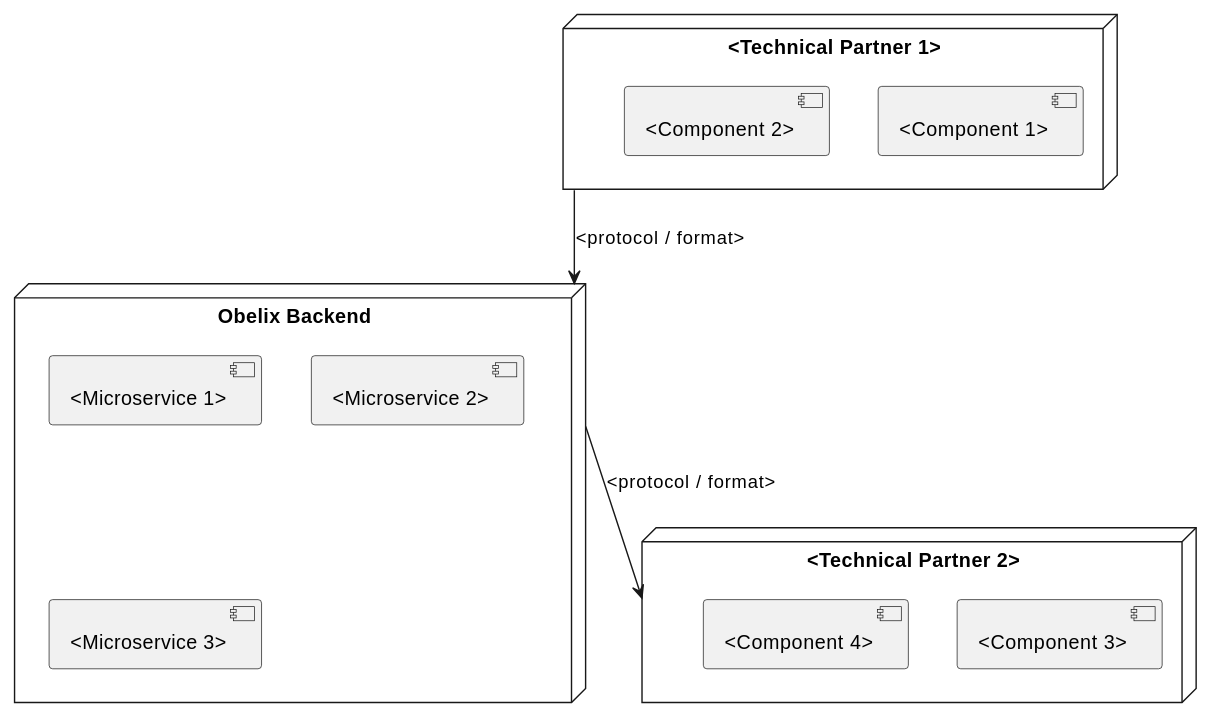
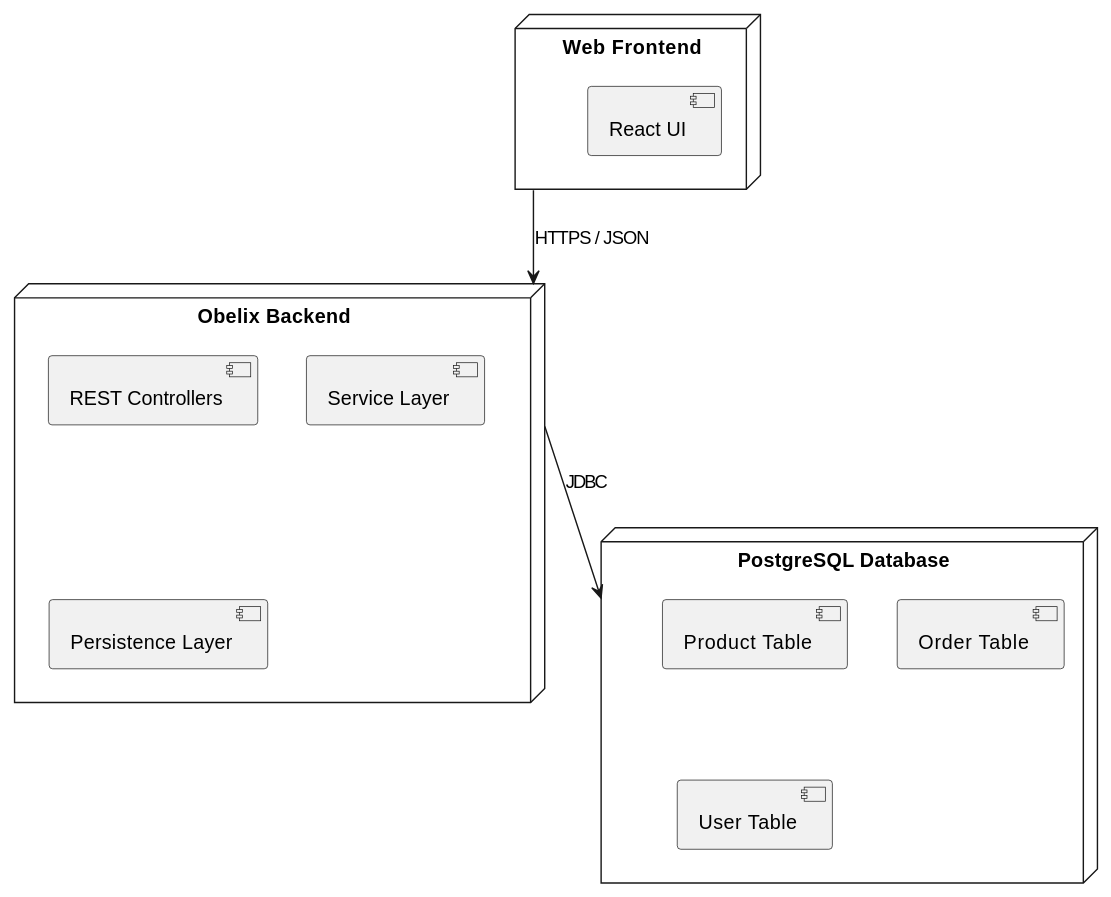
Before and after one commit to Juschwy/m321-obelix-webshop-mvk: the second of 2 diagrams in docs/arc42/03_context_and_scope.adoc, drawn with PlantUML. The commit also changed other lines of this file, not shown here.

```diff
--- a/docs/arc42/03_context_and_scope.adoc
+++ b/docs/arc42/03_context_and_scope.adoc
@@ -84,23 +85,23 @@
 [plantuml, technical-context, svg]
 ----
 @startuml
-node "<Technical Partner 1>" {
-  component "<Component 1>"
-  component "<Component 2>"
+node "Web Frontend" {
+  component "React UI"
 }
 
 node "Obelix Backend" {
-  component "<Microservice 1>"
-  component "<Microservice 2>"
-  component "<Microservice 3>"
+  component "REST Controllers"
+  component "Service Layer"
+  component "Persistence Layer"
 }
 
-node "<Technical Partner 2>" {
-  component "<Component 3>"
-  component "<Component 4>"
+node "PostgreSQL Database" {
+  component "Product Table"
+  component "Order Table"
+  component "User Table"
 }
 
-"<Technical Partner 1>" --> "Obelix Backend" : <protocol / format>
-"Obelix Backend" --> "<Technical Partner 2>" : <protocol / format>
+"Web Frontend" --> "Obelix Backend" : HTTPS / JSON
+"Obelix Backend" --> "PostgreSQL Database" : JDBC
 @enduml
 ----
```
